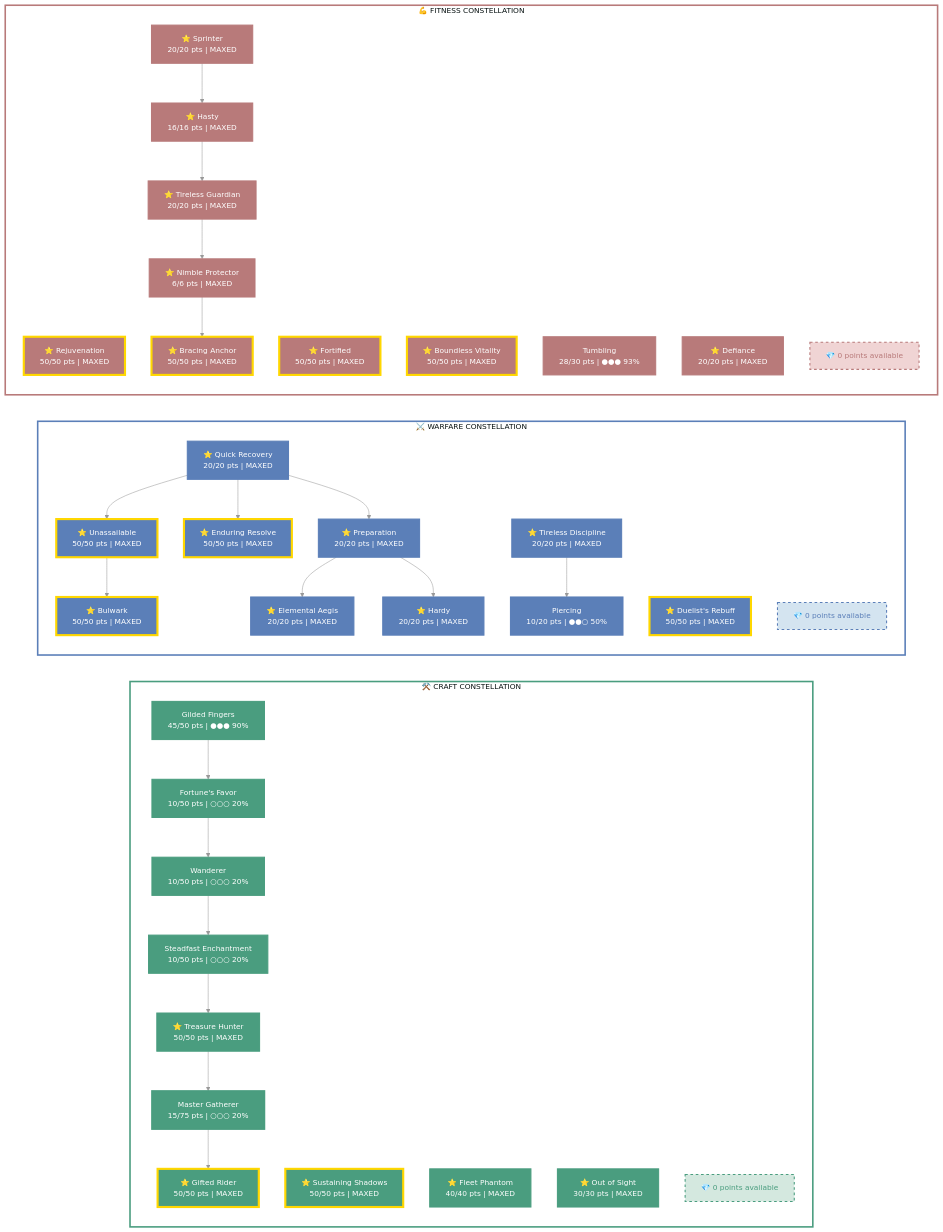
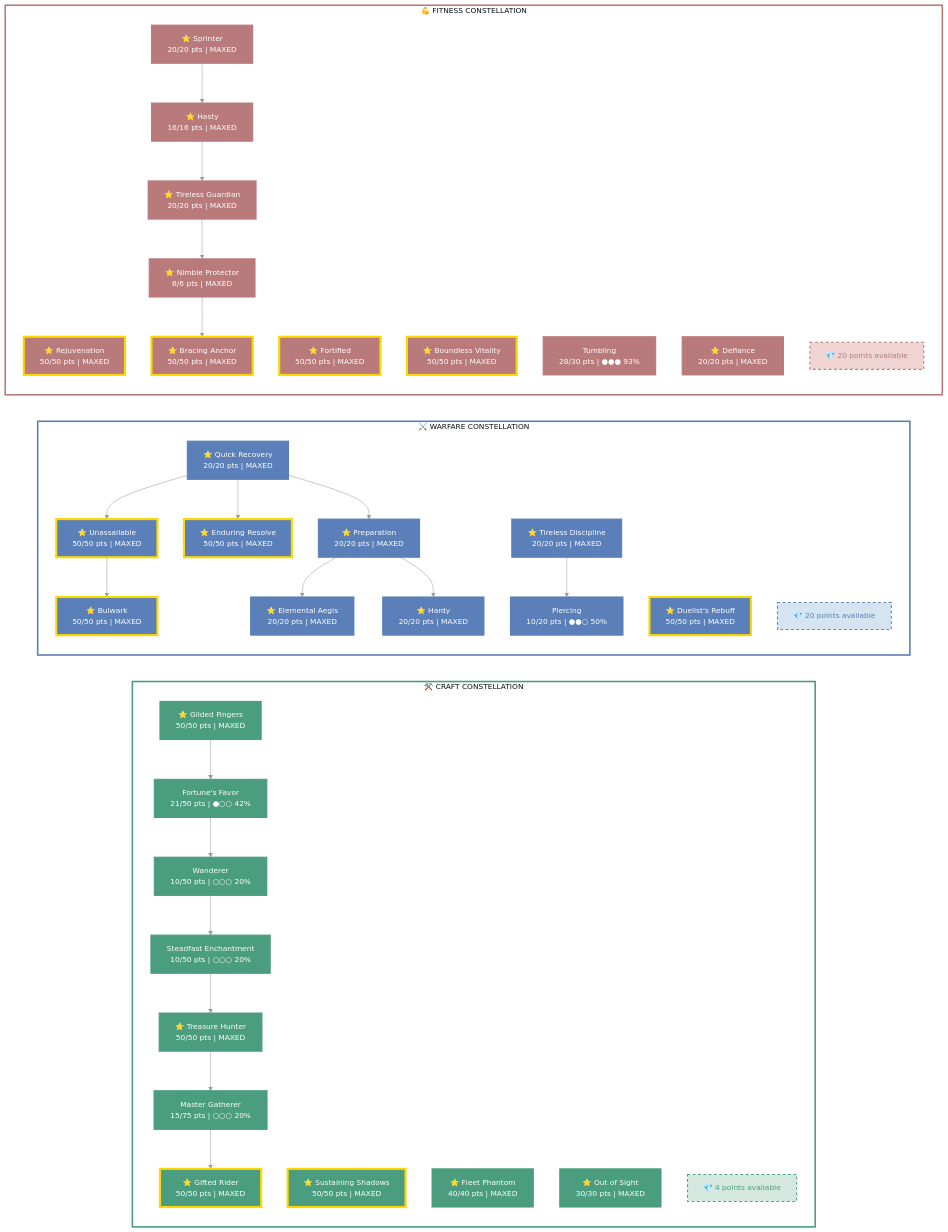
Before and after one commit to solaegis/CharacterMarkdown: the first of 2 diagrams in examples/solaegis/na/dextera_dei.md, drawn with Mermaid. The commit also changed other lines of this file and 44 other files, not shown here.

```diff
--- a/examples/solaegis/na/dextera_dei.md
+++ b/examples/solaegis/na/dextera_dei.md
@@ -328,7 +329,7 @@
   %% Enhanced readability with clear visual hierarchy
 
   %% ========================================
-  %% ⚒️ CRAFT CONSTELLATION (310/564 pts)
+  %% ⚒️ CRAFT CONSTELLATION (326/564 pts)
   %% ========================================
 
   subgraph subCRAFT["⚒️ CRAFT CONSTELLATION"]
@@ -341,28 +342,28 @@
     style C_MasterGatherer fill:#4a9d7f,stroke:#4a9d7f,stroke-width:3px,color:#fff
     C_TreasureHunter["⭐ Treasure Hunter<br/>50/50 pts | MAXED"]
     style C_TreasureHunter fill:#4a9d7f,stroke:#4a9d7f,stroke-width:2px,color:#fff
-    C_GildedFingers["Gilded Fingers<br/>45/50 pts | ●●● 90%"]
+    C_GildedFingers["⭐ Gilded Fingers<br/>50/50 pts | MAXED"]
     style C_GildedFingers fill:#4a9d7f,stroke:#4a9d7f,stroke-width:2px,color:#fff
     C_FleetPhantom["⭐ Fleet Phantom<br/>40/40 pts | MAXED"]
     style C_FleetPhantom fill:#4a9d7f,stroke:#4a9d7f,stroke-width:2px,color:#fff
     C_OutofSight["⭐ Out of Sight<br/>30/30 pts | MAXED"]
     style C_OutofSight fill:#4a9d7f,stroke:#4a9d7f,stroke-width:2px,color:#fff
-    C_SteadfastEnchantment["Steadfast Enchantment<br/>10/50 pts | ○○○ 20%"]
-    style C_SteadfastEnchantment fill:#4a9d7f,stroke:#4a9d7f,stroke-width:2px,color:#fff
-    C_FortunesFavor["Fortune's Favor<br/>10/50 pts | ○○○ 20%"]
+    C_FortunesFavor["Fortune's Favor<br/>21/50 pts | ●○○ 42%"]
     style C_FortunesFavor fill:#4a9d7f,stroke:#4a9d7f,stroke-width:2px,color:#fff
     C_Wanderer["Wanderer<br/>10/50 pts | ○○○ 20%"]
     style C_Wanderer fill:#4a9d7f,stroke:#4a9d7f,stroke-width:2px,color:#fff
+    C_SteadfastEnchantment["Steadfast Enchantment<br/>10/50 pts | ○○○ 20%"]
+    style C_SteadfastEnchantment fill:#4a9d7f,stroke:#4a9d7f,stroke-width:2px,color:#fff
 
     %% Connections
     C_MasterGatherer --> C_GiftedRider
     C_TreasureHunter --> C_MasterGatherer
     C_SteadfastEnchantment --> C_TreasureHunter
-    C_Wanderer --> C_SteadfastEnchantment
     C_GildedFingers --> C_FortunesFavor
     C_FortunesFavor --> C_Wanderer
+    C_Wanderer --> C_SteadfastEnchantment
 
-    CRAFT_AVAIL["💎 0 points available"]
+    CRAFT_AVAIL["💎 4 points available"]
     style CRAFT_AVAIL fill:#d4e8df,stroke:#4a9d7f,stroke-width:2px,stroke-dasharray:5 5,color:#4a9d7f
 
   end
@@ -404,7 +405,7 @@
     W_Preparation --> W_Hardy
     W_TirelessDiscipline --> W_Piercing
 
-    WARFARE_AVAIL["💎 0 points available"]
+    WARFARE_AVAIL["💎 20 points available"]
     style WARFARE_AVAIL fill:#d4e4f0,stroke:#5b7fb8,stroke-width:2px,stroke-dasharray:5 5,color:#5b7fb8
 
   end
@@ -443,7 +444,7 @@
     F_Sprinter --> F_Hasty
     F_TirelessGuardian --> F_NimbleProtector
 
-    FITNESS_AVAIL["💎 0 points available"]
+    FITNESS_AVAIL["💎 20 points available"]
     style FITNESS_AVAIL fill:#f0d4d4,stroke:#b87a7a,stroke-width:2px,stroke-dasharray:5 5,color:#b87a7a
 
   end
```
